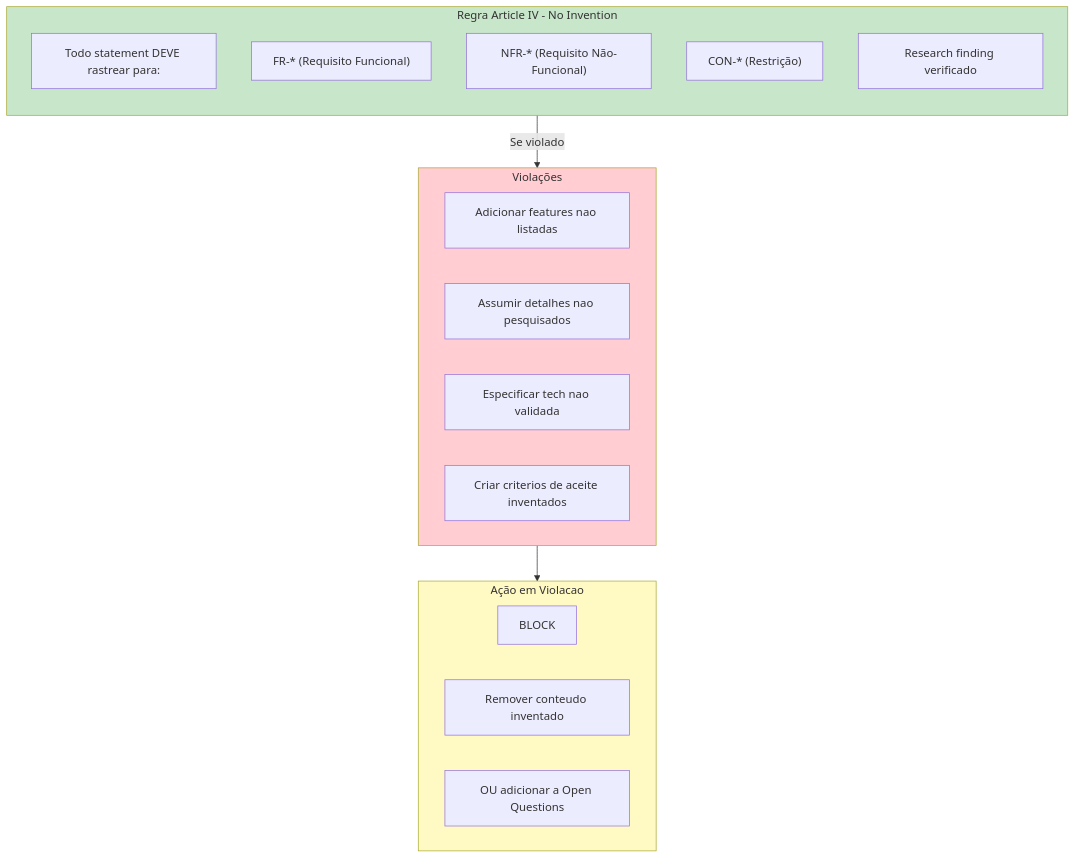
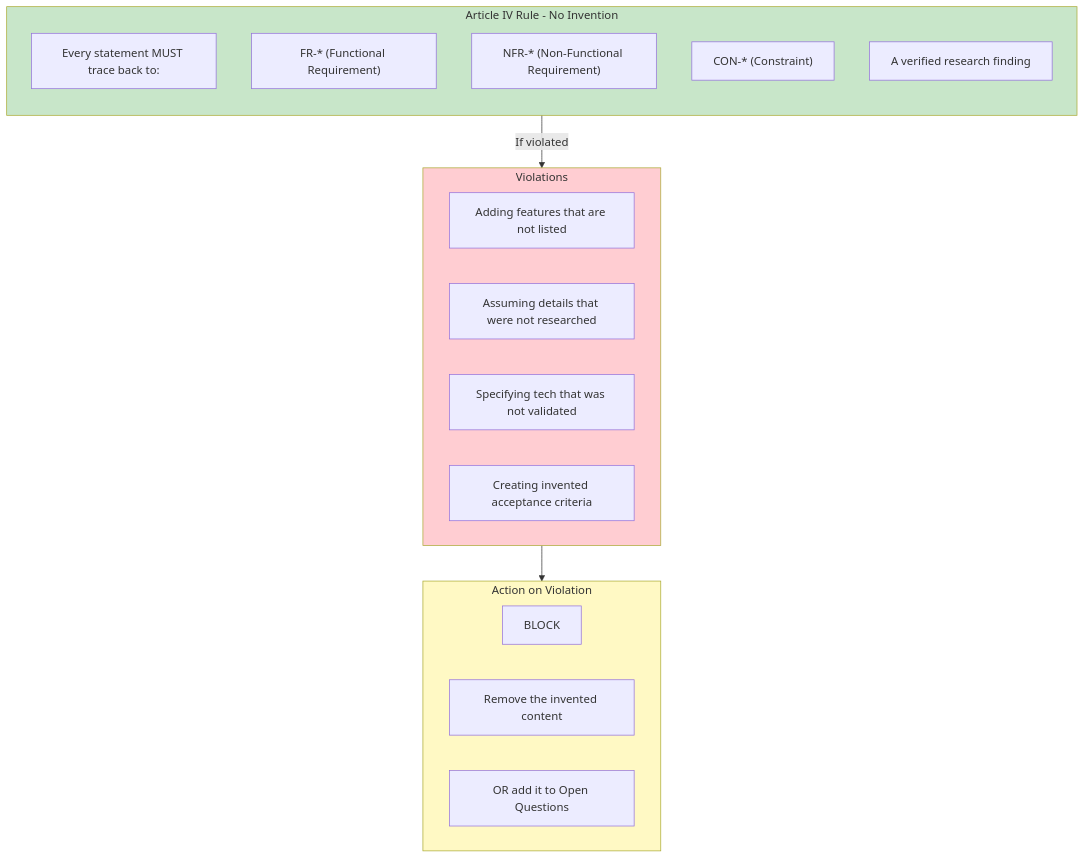
Before and after one commit to CyryxLabs/AEXOS: the seventh of 17 diagrams in docs/aexos-workflows/spec-pipeline-workflow.md, drawn with Mermaid. The commit also changed other lines of this file and 528 other files, not shown here.

````diff
--- a/docs/aexos-workflows/spec-pipeline-workflow.md
+++ b/docs/aexos-workflows/spec-pipeline-workflow.md
@@ -458,31 +458,31 @@
 ```mermaid
 flowchart TB
-    subgraph RULE["Regra Article IV - No Invention"]
+    subgraph RULE["Article IV Rule - No Invention"]
         direction TB
-        R1["Todo statement DEVE rastrear para:"]
-        R2["FR-* (Requisito Funcional)"]
-        R3["NFR-* (Requisito Não-Funcional)"]
-        R4["CON-* (Restrição)"]
-        R5["Research finding verificado"]
+        R1["Every statement MUST trace back to:"]
+        R2["FR-* (Functional Requirement)"]
+        R3["NFR-* (Non-Functional Requirement)"]
+        R4["CON-* (Constraint)"]
+        R5["A verified research finding"]
     end
 
-    subgraph VIOLATION["Violações"]
-        V1["Adicionar features nao listadas"]
-        V2["Assumir detalhes nao pesquisados"]
-        V3["Especificar tech nao validada"]
-        V4["Criar criterios de aceite inventados"]
+    subgraph VIOLATION["Violations"]
+        V1["Adding features that are not listed"]
+        V2["Assuming details that were not researched"]
+        V3["Specifying tech that was not validated"]
+        V4["Creating invented acceptance criteria"]
     end
 
-    subgraph ACTION["Ação em Violacao"]
+    subgraph ACTION["Action on Violation"]
         A1["BLOCK"]
-        A2["Remover conteudo inventado"]
-        A3["OU adicionar a Open Questions"]
+        A2["Remove the invented content"]
+        A3["OR add it to Open Questions"]
     end
 
-    RULE --> |"Se violado"| VIOLATION
+    RULE --> |"If violated"| VIOLATION
     VIOLATION --> ACTION
 
     style RULE fill:#c8e6c9
     style VIOLATION fill:#ffcdd2
     style ACTION fill:#fff9c4
 ```
````
